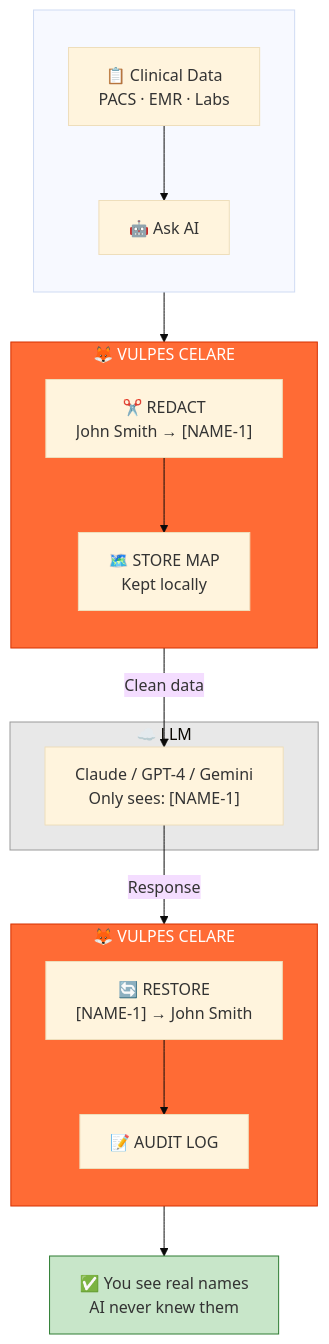
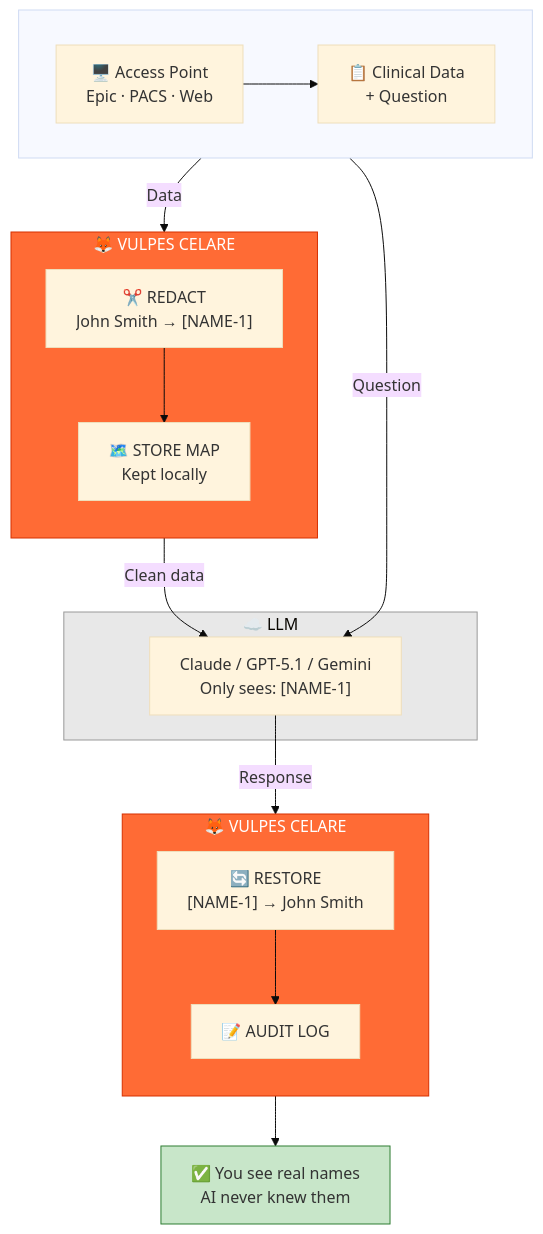
One commit to DocHatty/Vulpes-Celare changed the diagram in README.md. Above: the diagram before and after it, drawn with Mermaid (base theme).

````diff
--- a/README.md
+++ b/README.md
@@ -36,41 +36,43 @@
 ```mermaid
 flowchart TB
-    subgraph YN1 [" "]
-        direction TB
-        Data["📋 Clinical Data<br/>PACS · EMR · Labs"]
-        Ask["🤖 Ask AI"]
-        Data --> Ask
+    subgraph INPUT [" "]
+        direction LR
+        Access["🖥️ Access Point<br/>Epic · PACS · Web"]
+        Data["📋 Clinical Data<br/>+ Question"]
     end
+
+    Access --> Data
 
     subgraph CORE ["🦊 VULPES CELARE"]
         direction TB
         Redact["✂️ REDACT<br/>John Smith → [NAME-1]"]
         Map["🗺️ STORE MAP<br/>Kept locally"]
         Redact --> Map
     end
 
-    Ask --> Redact
+    Data -->|"Data"| Redact
+    Data -->|"Question"| LLM
 
     subgraph EXT ["☁️ LLM"]
-        LLM["Claude / GPT-4 / Gemini<br/>Only sees: [NAME-1]"]
+        LLM["Claude / GPT-5.1 / Gemini<br/>Only sees: [NAME-1]"]
     end
 
     Map -->|"Clean data"| LLM
 
     subgraph CORE2 ["🦊 VULPES CELARE"]
         direction TB
         Restore["🔄 RESTORE<br/>[NAME-1] → John Smith"]
         Audit["📝 AUDIT LOG"]
         Restore --> Audit
     end
 
     LLM -->|"Response"| Restore
 
     Result["✅ You see real names<br/>AI never knew them"]
     Audit --> Result
 
     style CORE fill:#ff6b35,stroke:#d63000,color:#fff
     style CORE2 fill:#ff6b35,stroke:#d63000,color:#fff
     style EXT fill:#e8e8e8,stroke:#999
     style Result fill:#c8e6c9,stroke:#2e7d32
 ```
````
